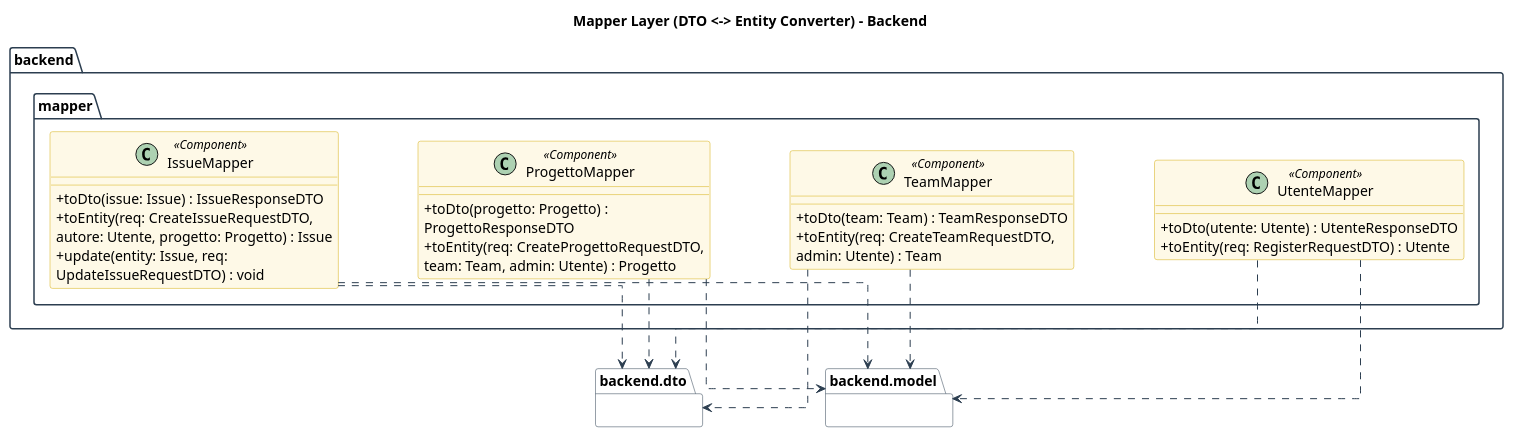
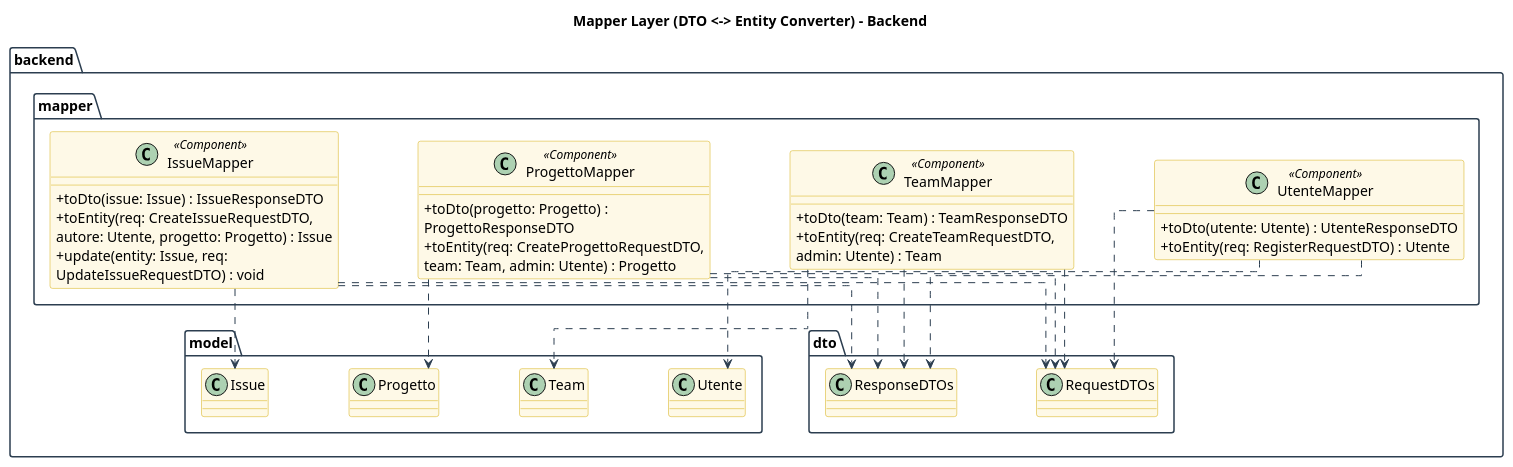
One commit to kiyx/progetto-swe-2026 changed the diagram in Documentazione/Sezione 3/Diagrammi/UML Backend/mapper.plantuml. Above: the diagram before and after it, drawn with PlantUML. The commit also changed 24 other files, not shown here.

First line of the commit message:
Add UML diagrams for frontend architecture

```diff
--- a/Documentazione/Sezione 3/Diagrammi/UML Backend/mapper.plantuml
+++ b/Documentazione/Sezione 3/Diagrammi/UML Backend/mapper.plantuml
@@ -1,61 +1,74 @@
 @startuml mapper
 
 skinparam linetype ortho
 skinparam nodesep 80
 skinparam ranksep 80
 skinparam classAttributeIconSize 0
 skinparam shadowing false
 skinparam wrapWidth 300
 
 skinparam package {
     BackgroundColor White
     BorderColor #2C3E50
 }
 skinparam class {
     BackgroundColor #FEF9E7
     BorderColor #D4AC0D
     ArrowColor #2C3E50
 }
 
 title Mapper Layer (DTO <-> Entity Converter) - Backend
 
 package "backend.mapper" {
 
     class UtenteMapper <<Component>> {
         + toDto(utente: Utente) : UtenteResponseDTO
         + toEntity(req: RegisterRequestDTO) : Utente
     }
 
     class TeamMapper <<Component>> {
         + toDto(team: Team) : TeamResponseDTO
         + toEntity(req: CreateTeamRequestDTO, admin: Utente) : Team
     }
 
     class ProgettoMapper <<Component>> {
         + toDto(progetto: Progetto) : ProgettoResponseDTO
         + toEntity(req: CreateProgettoRequestDTO, team: Team, admin: Utente) : Progetto
     }
 
     class IssueMapper <<Component>> {
         + toDto(issue: Issue) : IssueResponseDTO
         + toEntity(req: CreateIssueRequestDTO, autore: Utente, progetto: Progetto) : Issue
         + update(entity: Issue, req: UpdateIssueRequestDTO) : void
     }
 }
 
-package "backend.dto" as DTOs {}
-package "backend.model" as Entities {}
+package "backend.model" {
+    class Utente
+    class Team
+    class Progetto
+    class Issue
+}
 
-UtenteMapper ..> DTOs
-UtenteMapper ..> Entities
+package "backend.dto" {
+    class RequestDTOs
+    class ResponseDTOs
+}
 
-TeamMapper ..> DTOs
-TeamMapper ..> Entities
+UtenteMapper ..> Utente
+UtenteMapper ..> RequestDTOs
+UtenteMapper ..> ResponseDTOs
 
-ProgettoMapper ..> DTOs
-ProgettoMapper ..> Entities
+TeamMapper ..> Team
+TeamMapper ..> RequestDTOs
+TeamMapper ..> ResponseDTOs
 
-IssueMapper ..> DTOs
-IssueMapper ..> Entities
+ProgettoMapper ..> Progetto
+ProgettoMapper ..> RequestDTOs
+ProgettoMapper ..> ResponseDTOs
+
+IssueMapper ..> Issue
+IssueMapper ..> RequestDTOs
+IssueMapper ..> ResponseDTOs
 
 @enduml
```
